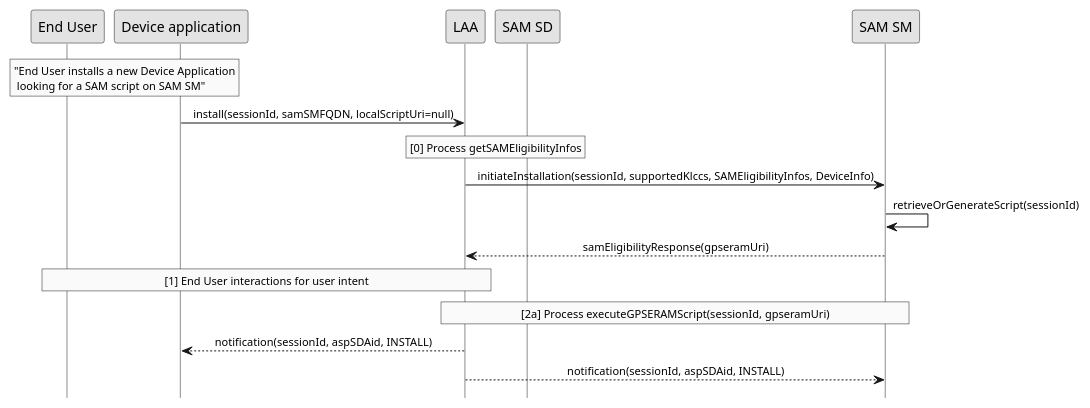
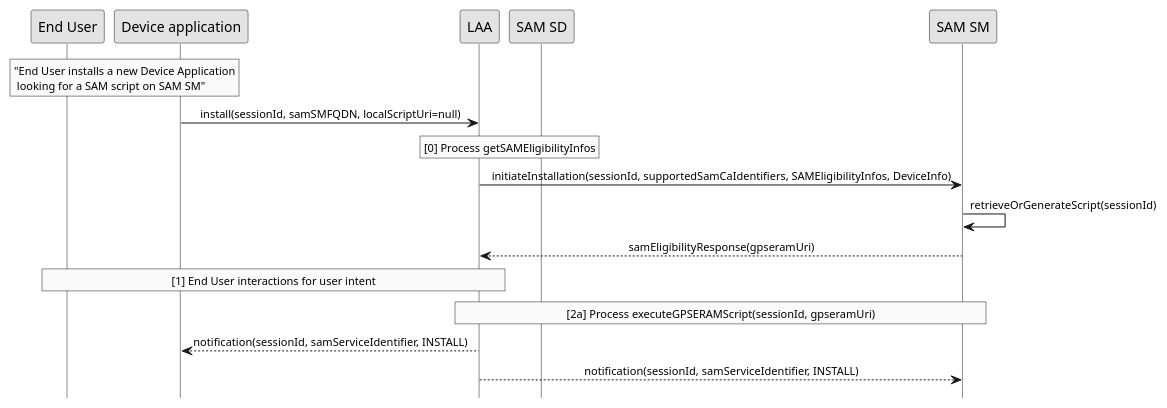
One commit to GlobalPlatform/LAA-SAM_SM-Interface changed the diagram in doc/uml/install-samsm.pu. Above: the diagram before and after it, drawn with PlantUML. The commit also changed 27 other files, not shown here.

Commit message:
- diag update with samServiceIdentifier - add contributing - remove examples directory (all in yaml file)

```diff
--- a/doc/uml/install-samsm.pu
+++ b/doc/uml/install-samsm.pu
@@ -1,36 +1,36 @@
 @startuml
  
 hide footbox
 skinparam sequenceMessageAlign center
 skinparam sequenceArrowFontSize 11
 skinparam noteFontSize 11
 skinparam monochrome true
 skinparam lifelinestrategy solid
  
 rnote over "End User", "Device application"
      "End User installs a new Device Application
       looking for a SAM script on SAM SM"
 end rnote
 
 "Device application" -> LAA : install(sessionId, samSMFQDN, localScriptUri=null)
 
 rnote over "LAA", "SAM SD"
      [0] Process getSAMEligibilityInfos
 end rnote
 
-"LAA" -> "SAM SM" : initiateInstallation(sessionId, supportedKlccs, SAMEligibilityInfos, DeviceInfo)
+"LAA" -> "SAM SM" : initiateInstallation(sessionId, supportedSamCaIdentifiers, SAMEligibilityInfos, DeviceInfo)
 "SAM SM" -> "SAM SM" : retrieveOrGenerateScript(sessionId)
 "SAM SM" --> LAA : samEligibilityResponse(gpseramUri)
  
 rnote over "LAA", "End User"
      [1] End User interactions for user intent
 end rnote
  
 rnote over "LAA", "SAM SM"
      [2a] Process executeGPSERAMScript(sessionId, gpseramUri)
 end rnote
  
-LAA --> "Device application" : notification(sessionId, aspSDAid, INSTALL)
+LAA --> "Device application" : notification(sessionId, samServiceIdentifier, INSTALL)
  
-LAA --> "SAM SM" : notification(sessionId, aspSDAid, INSTALL)
+LAA --> "SAM SM" : notification(sessionId, samServiceIdentifier, INSTALL)
 @enduml
```
